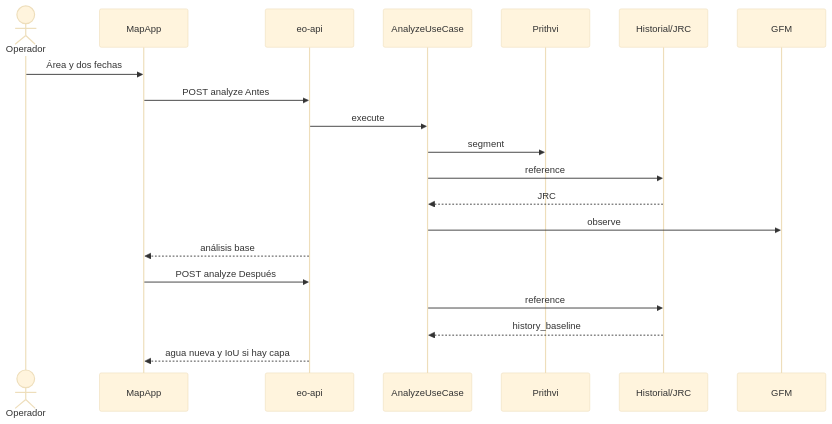
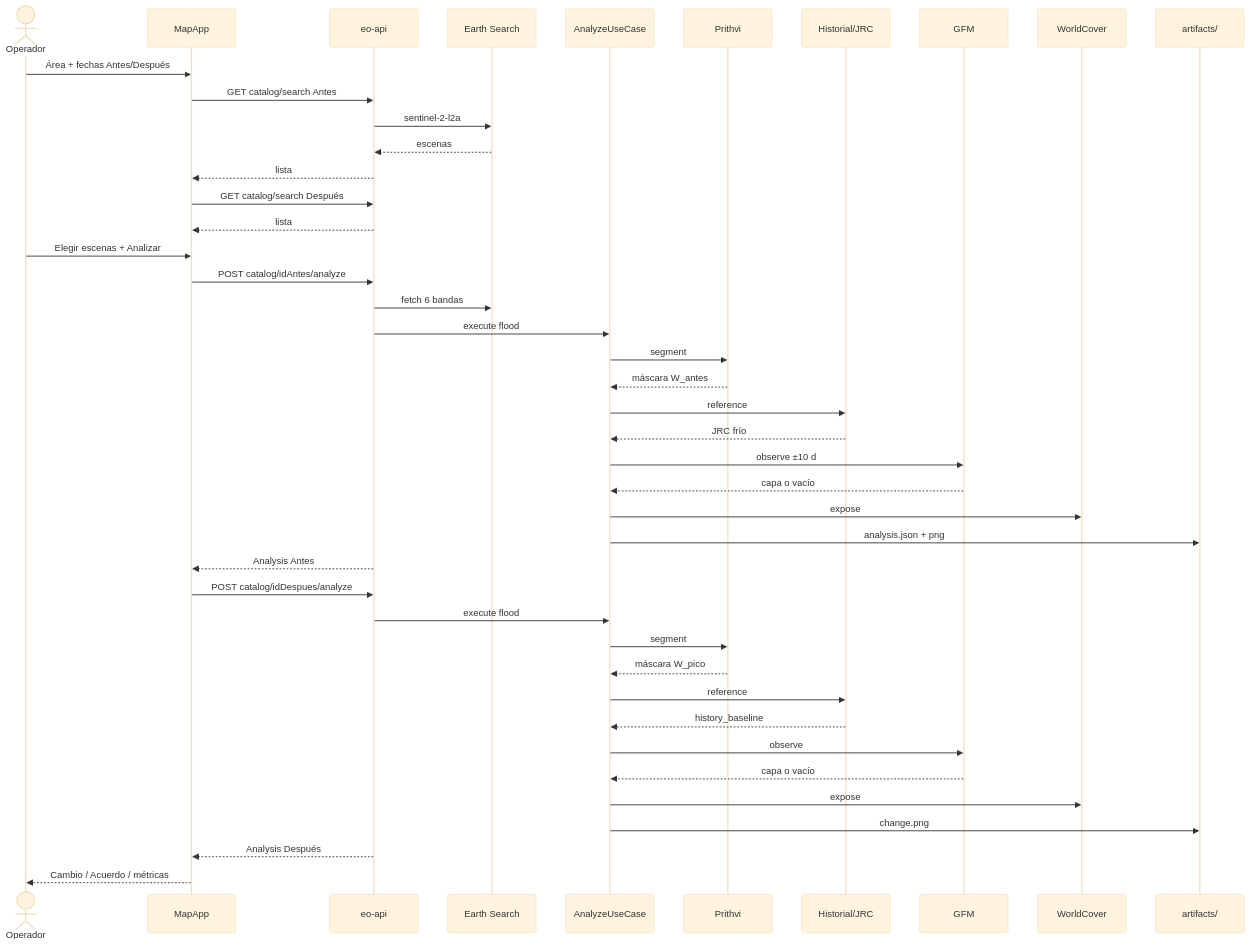
Before and after one commit to Charlsz/Tune: the third of 6 diagrams in docs/InformeFinal.md, drawn with Mermaid (base theme). The commit also changed other lines of this file, not shown here.

Commit message:
Align final-report architecture diagrams with source Mermaid files.

````diff
--- a/docs/InformeFinal.md
+++ b/docs/InformeFinal.md
@@ -193,22 +232,48 @@
 ```mermaid
 sequenceDiagram
   actor Op as Operador
   participant UI as MapApp
   participant API as eo-api
+  participant ES as Earth Search
   participant UC as AnalyzeUseCase
   participant P as Prithvi
   participant R as Historial/JRC
   participant G as GFM
-  Op->>UI: Área y dos fechas
-  UI->>API: POST analyze Antes
-  API->>UC: execute
+  participant X as WorldCover
+  participant D as artifacts/
+
+  Op->>UI: Área + fechas Antes/Después
+  UI->>API: GET catalog/search Antes
+  API->>ES: sentinel-2-l2a
+  ES-->>API: escenas
+  API-->>UI: lista
+  UI->>API: GET catalog/search Después
+  API-->>UI: lista
+  Op->>UI: Elegir escenas + Analizar
+
+  UI->>API: POST catalog/idAntes/analyze
+  API->>ES: fetch 6 bandas
+  API->>UC: execute flood
   UC->>P: segment
+  P-->>UC: máscara W_antes
   UC->>R: reference
-  R-->>UC: JRC
-  UC->>G: observe
-  API-->>UI: análisis base
-  UI->>API: POST analyze Después
+  R-->>UC: JRC frío
+  UC->>G: observe ±10 d
+  G-->>UC: capa o vacío
+  UC->>X: expose
+  UC->>D: analysis.json + png
+  API-->>UI: Analysis Antes
+
+  UI->>API: POST catalog/idDespues/analyze
+  API->>UC: execute flood
+  UC->>P: segment
+  P-->>UC: máscara W_pico
   UC->>R: reference
   R-->>UC: history_baseline
-  API-->>UI: agua nueva y IoU si hay capa
+  UC->>G: observe
+  G-->>UC: capa o vacío
+  UC->>X: expose
+  UC->>D: change.png
+  API-->>UI: Analysis Después
+  UI-->>Op: Cambio / Acuerdo / métricas
 ```
````
